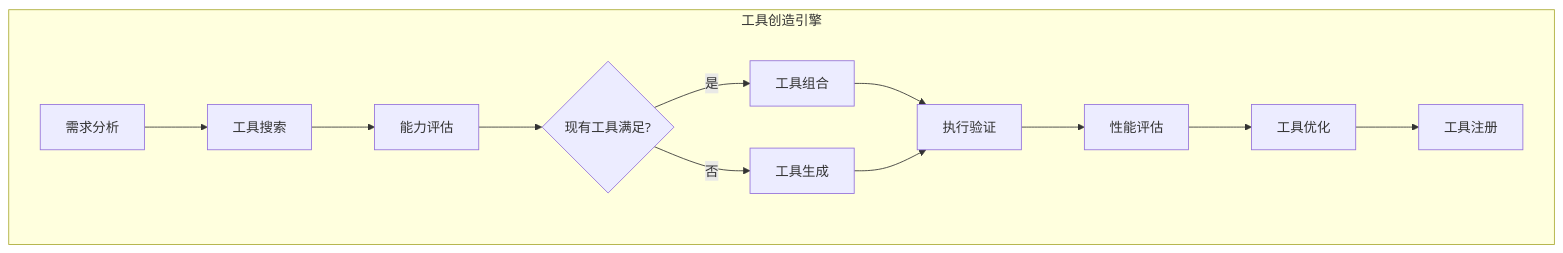
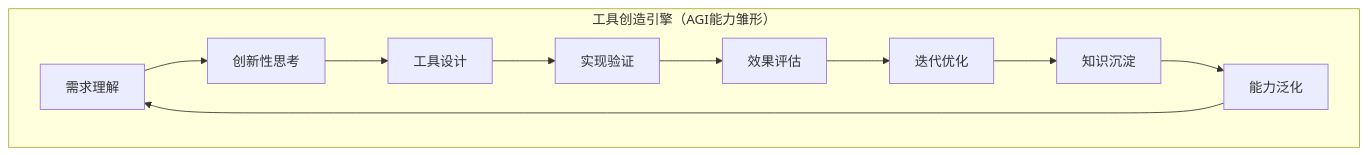
Before and after one commit to youyoude/agi-app-dev-guide-book: the third of 14 diagrams in 前言部分/从多智能体到AGI应用概念探索.md, drawn with Mermaid. The commit also changed other lines of this file, not shown here.

````diff
--- a/前言部分/从多智能体到AGI应用概念探索.md
+++ b/前言部分/从多智能体到AGI应用概念探索.md
@@ -255,15 +231,13 @@
 ```mermaid
 graph TB
-    subgraph "工具创造引擎"
-        A[需求分析] --> B[工具搜索]
-        B --> C[能力评估]
-        C --> D{现有工具满足?}
-        D -->|是| E[工具组合]
-        D -->|否| F[工具生成]
-        E --> G[执行验证]
-        F --> G
-        G --> H[性能评估]
-        H --> I[工具优化]
-        I --> J[工具注册]
+    subgraph "工具创造引擎（AGI能力雏形）"
+        A[需求理解] --> B[创新性思考]
+        B --> C[工具设计]
+        C --> D[实现验证]
+        D --> E[效果评估]
+        E --> F[迭代优化]
+        F --> G[知识沉淀]
+        G --> H[能力泛化]
+        H --> A
     end
 ```
````
